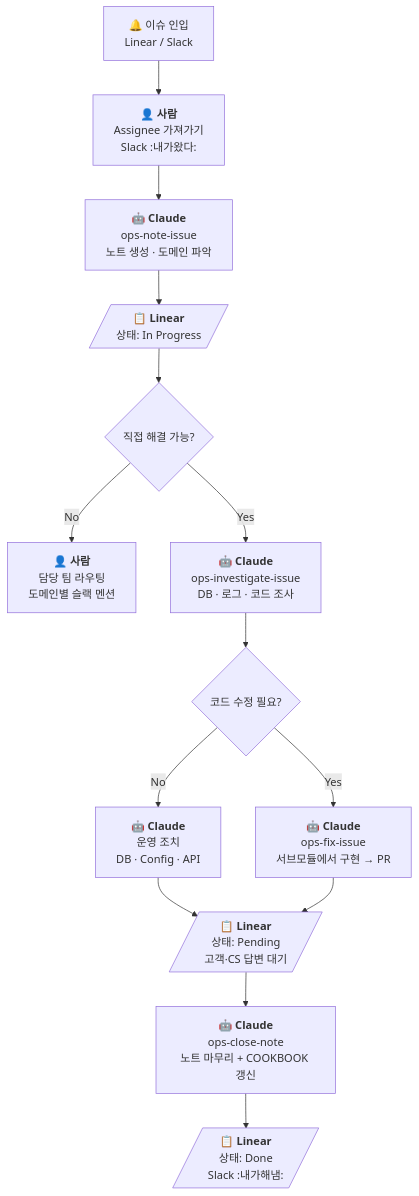
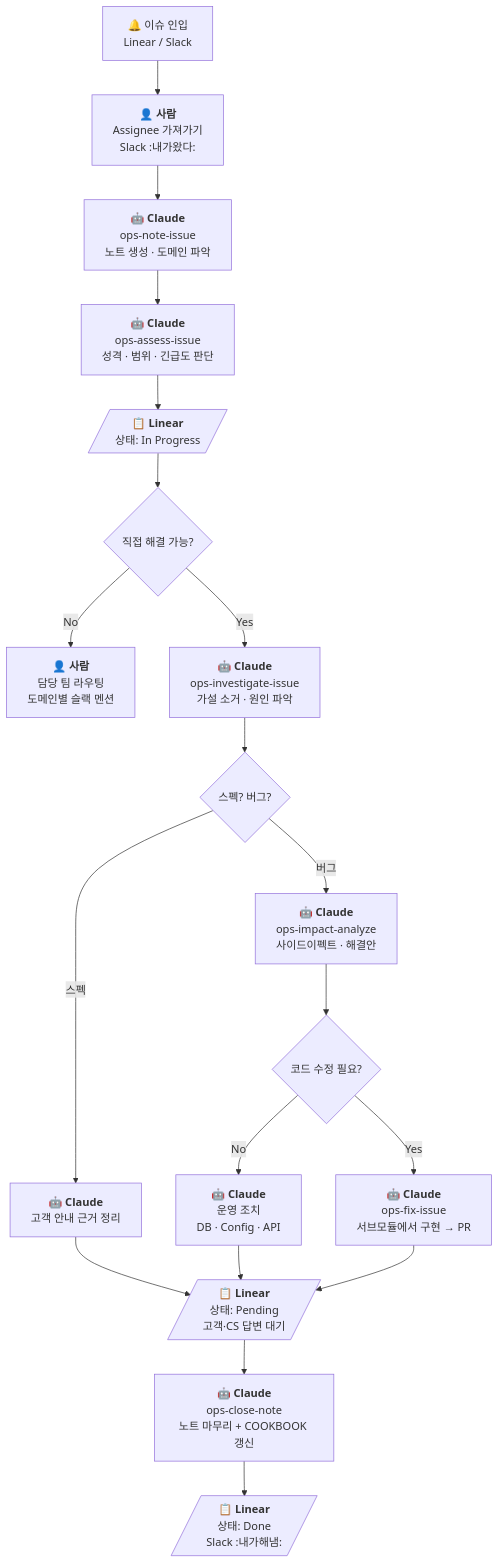
The diagram in README.md (flex-team/flex-oncall), drawn with Mermaid before and after one commit. The commit also changed 7 other files, not shown here.

````diff
--- a/README.md
+++ b/README.md
@@ -20,25 +20,33 @@
 ```mermaid
 flowchart TD
     A["🔔 이슈 인입<br/>Linear / Slack"]
     A --> B["<b>👤 사람</b><br/>Assignee 가져가기<br/>Slack :내가왔다:"]
 
     B --> N["<b>🤖 Claude</b><br/>ops-note-issue<br/>노트 생성 · 도메인 파악"]
 
-    N --> S1[/"<b>📋 Linear</b><br/>상태: In Progress"/]
+    N --> AS["<b>🤖 Claude</b><br/>ops-assess-issue<br/>성격 · 범위 · 긴급도 판단"]
+
+    AS --> S1[/"<b>📋 Linear</b><br/>상태: In Progress"/]
     S1 --> C{"직접 해결 가능?"}
 
     C -->|"No"| R["<b>👤 사람</b><br/>담당 팀 라우팅<br/>도메인별 슬랙 멘션"]
 
-    C -->|"Yes"| D["<b>🤖 Claude</b><br/>ops-investigate-issue<br/>DB · 로그 · 코드 조사"]
+    C -->|"Yes"| D["<b>🤖 Claude</b><br/>ops-investigate-issue<br/>가설 소거 · 원인 파악"]
 
-    D --> E{"코드 수정 필요?"}
+    D --> V{"스펙? 버그?"}
 
-    E -->|"No"| F["<b>🤖 Claude</b><br/>운영 조치<br/>DB · Config · API"]
+    V -->|"스펙"| F["<b>🤖 Claude</b><br/>고객 안내 근거 정리"]
+    V -->|"버그"| IA["<b>🤖 Claude</b><br/>ops-impact-analyze<br/>사이드이펙트 · 해결안"]
+
+    IA --> E{"코드 수정 필요?"}
+
+    E -->|"No"| F2["<b>🤖 Claude</b><br/>운영 조치<br/>DB · Config · API"]
     E -->|"Yes"| G["<b>🤖 Claude</b><br/>ops-fix-issue<br/>서브모듈에서 구현 → PR"]
 
     F --> S2[/"<b>📋 Linear</b><br/>상태: Pending<br/>고객·CS 답변 대기"/]
+    F2 --> S2
     G --> S2
 
     S2 --> H["<b>🤖 Claude</b><br/>ops-close-note<br/>노트 마무리 + COOKBOOK 갱신"]
     H --> S3[/"<b>📋 Linear</b><br/>상태: Done<br/>Slack :내가해냄:"/]
 ```
````
